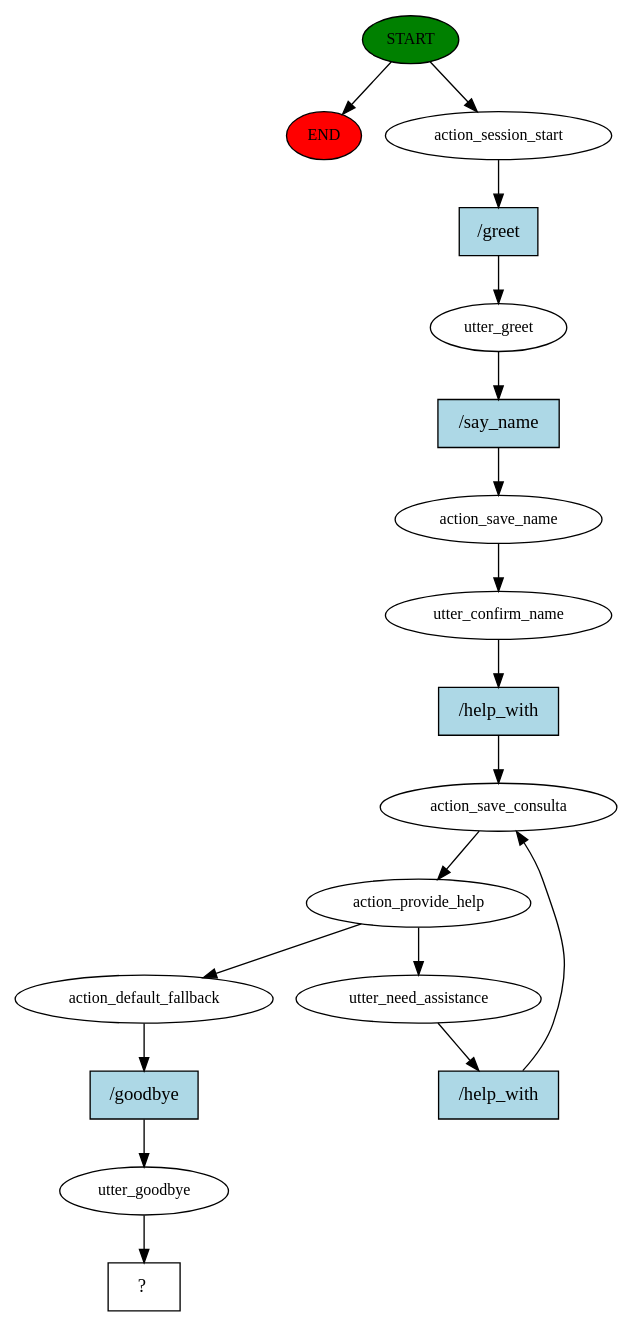
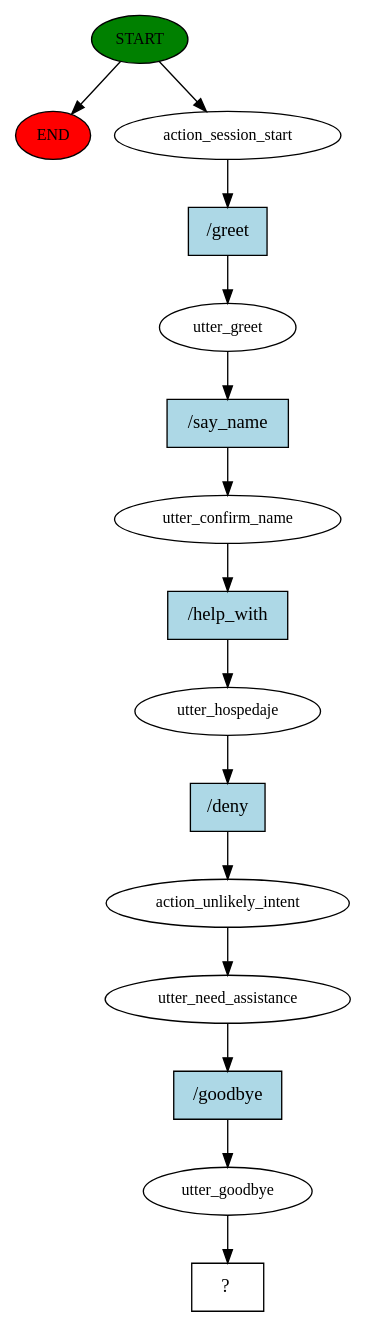
Before and after one commit to joegoico/RasaTurismo: the diagram in story_graph.dot, drawn with Graphviz. The commit also changed 260 other files, not shown here.

```diff
--- a/story_graph.dot
+++ b/story_graph.dot
@@ -1,36 +1,31 @@
 digraph  {
 0 [class="start active", fillcolor=green, fontsize=12, label=START, style=filled];
 "-1" [class=end, fillcolor=red, fontsize=12, label=END, style=filled];
 1 [class=active, fontsize=12, label=action_session_start];
 2 [class=active, fontsize=12, label=utter_greet];
-3 [class=active, fontsize=12, label=action_save_name];
-4 [class=active, fontsize=12, label=utter_confirm_name];
-5 [class=active, fontsize=12, label=action_save_consulta];
-6 [class=active, fontsize=12, label=action_provide_help];
-7 [class=active, fontsize=12, label=utter_need_assistance];
-10 [class=active, fontsize=12, label=action_default_fallback];
-11 [class=active, fontsize=12, label=utter_goodbye];
-12 [class="intent dashed active", label="  ?  ", shape=rect];
-13 [class="intent active", fillcolor=lightblue, label="/greet", shape=rect, style=filled];
-14 [class="intent active", fillcolor=lightblue, label="/say_name", shape=rect, style=filled];
-15 [class="intent active", fillcolor=lightblue, label="/help_with", shape=rect, style=filled];
-16 [class="intent active", fillcolor=lightblue, label="/help_with", shape=rect, style=filled];
-17 [class="intent active", fillcolor=lightblue, label="/goodbye", shape=rect, style=filled];
+3 [class=active, fontsize=12, label=utter_confirm_name];
+4 [class=active, fontsize=12, label=utter_hospedaje];
+5 [class=active, fontsize=12, label=action_unlikely_intent];
+6 [class=active, fontsize=12, label=utter_need_assistance];
+7 [class=active, fontsize=12, label=utter_goodbye];
+8 [class="intent dashed active", label="  ?  ", shape=rect];
+9 [class="intent active", fillcolor=lightblue, label="/greet", shape=rect, style=filled];
+10 [class="intent active", fillcolor=lightblue, label="/say_name", shape=rect, style=filled];
+11 [class="intent active", fillcolor=lightblue, label="/help_with", shape=rect, style=filled];
+12 [class="intent active", fillcolor=lightblue, label="/deny", shape=rect, style=filled];
+13 [class="intent active", fillcolor=lightblue, label="/goodbye", shape=rect, style=filled];
 0 -> "-1"  [class="", key=NONE, label=""];
 0 -> 1  [class=active, key=NONE, label=""];
-1 -> 13  [class=active, key=0];
-2 -> 14  [class=active, key=0];
-3 -> 4  [class=active, key=NONE, label=""];
-4 -> 15  [class=active, key=0];
+1 -> 9  [class=active, key=0];
+2 -> 10  [class=active, key=0];
+3 -> 11  [class=active, key=0];
+4 -> 12  [class=active, key=0];
 5 -> 6  [class=active, key=NONE, label=""];
-6 -> 7  [class=active, key=NONE, label=""];
-6 -> 10  [class=active, key=NONE, label=""];
-7 -> 16  [class=active, key=0];
-10 -> 17  [class=active, key=0];
-11 -> 12  [class=active, key=NONE, label=""];
-13 -> 2  [class=active, key=0];
-14 -> 3  [class=active, key=0];
-15 -> 5  [class=active, key=0];
-16 -> 5  [class=active, key=0];
-17 -> 11  [class=active, key=0];
+6 -> 13  [class=active, key=0];
+7 -> 8  [class=active, key=NONE, label=""];
+9 -> 2  [class=active, key=0];
+10 -> 3  [class=active, key=0];
+11 -> 4  [class=active, key=0];
+12 -> 5  [class=active, key=0];
+13 -> 7  [class=active, key=0];
 }
```
